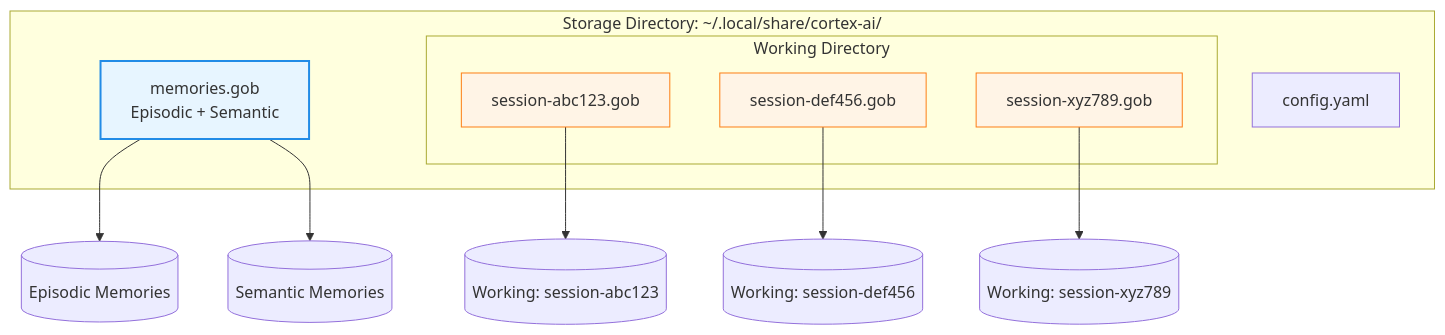
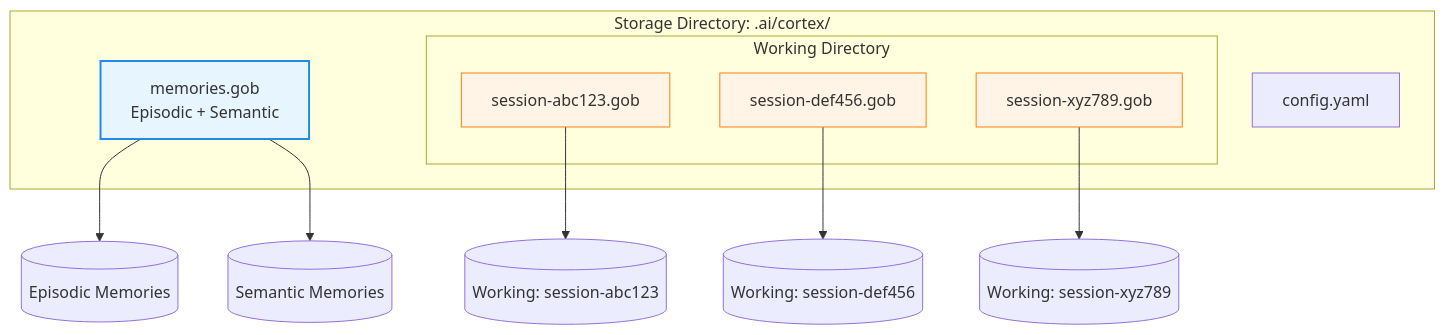
Before and after one commit to fmatsos/cortex: diagram 13 of 16 in docs/architecture/overview.md, drawn with Mermaid. The commit also changed 11 other files, not shown here.

````diff
--- a/docs/architecture/overview.md
+++ b/docs/architecture/overview.md
@@ -551,26 +551,26 @@
 ```mermaid
 graph TB
-    subgraph "Storage Directory: ~/.local/share/cortex-ai/"
+    subgraph "Storage Directory: .ai/cortex/"
         Main[memories.gob<br/>Episodic + Semantic]
 
         subgraph "Working Directory"
             W1[session-abc123.gob]
             W2[session-def456.gob]
             WN[session-xyz789.gob]
         end
 
         Config[config.yaml]
     end
 
     Main --> Episodic[(Episodic Memories)]
     Main --> Semantic[(Semantic Memories)]
 
     W1 --> Working1[(Working: session-abc123)]
     W2 --> Working2[(Working: session-def456)]
     WN --> WorkingN[(Working: session-xyz789)]
 
     style Main fill:#e7f5ff,stroke:#228be6,stroke-width:2px
     style W1 fill:#fff4e6,stroke:#fd7e14
     style W2 fill:#fff4e6,stroke:#fd7e14
     style WN fill:#fff4e6,stroke:#fd7e14
 ```
````
